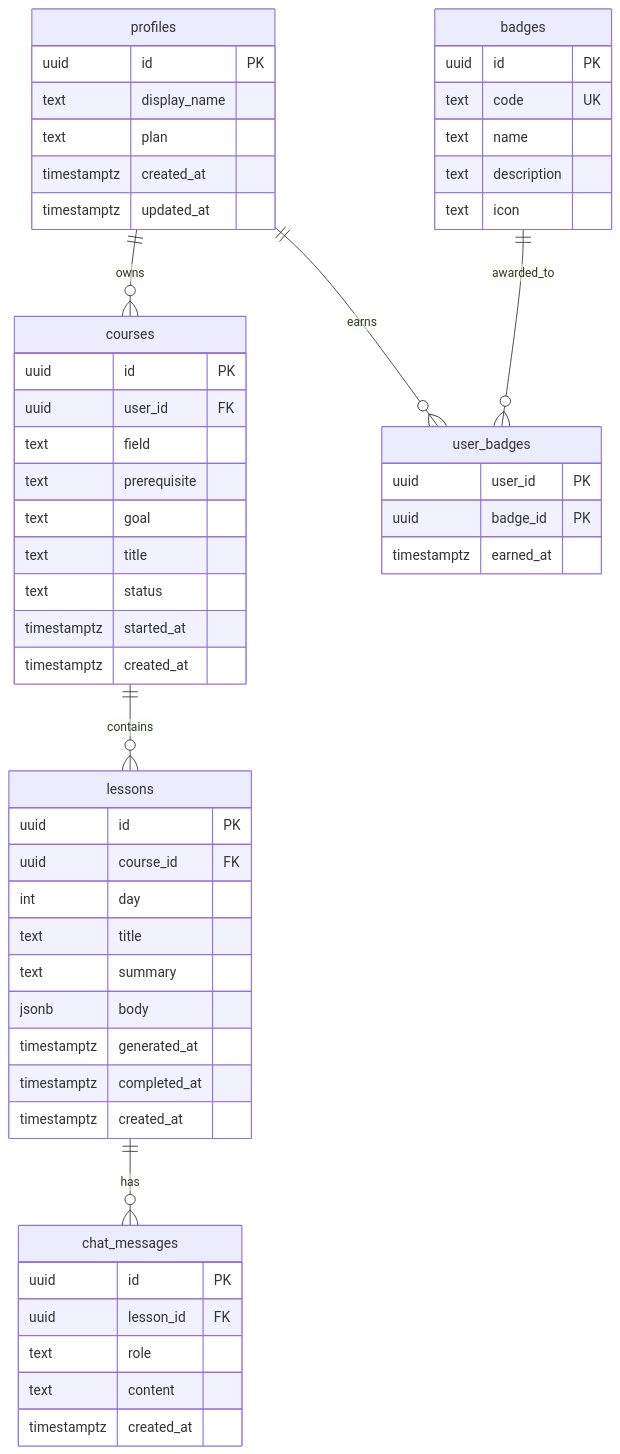
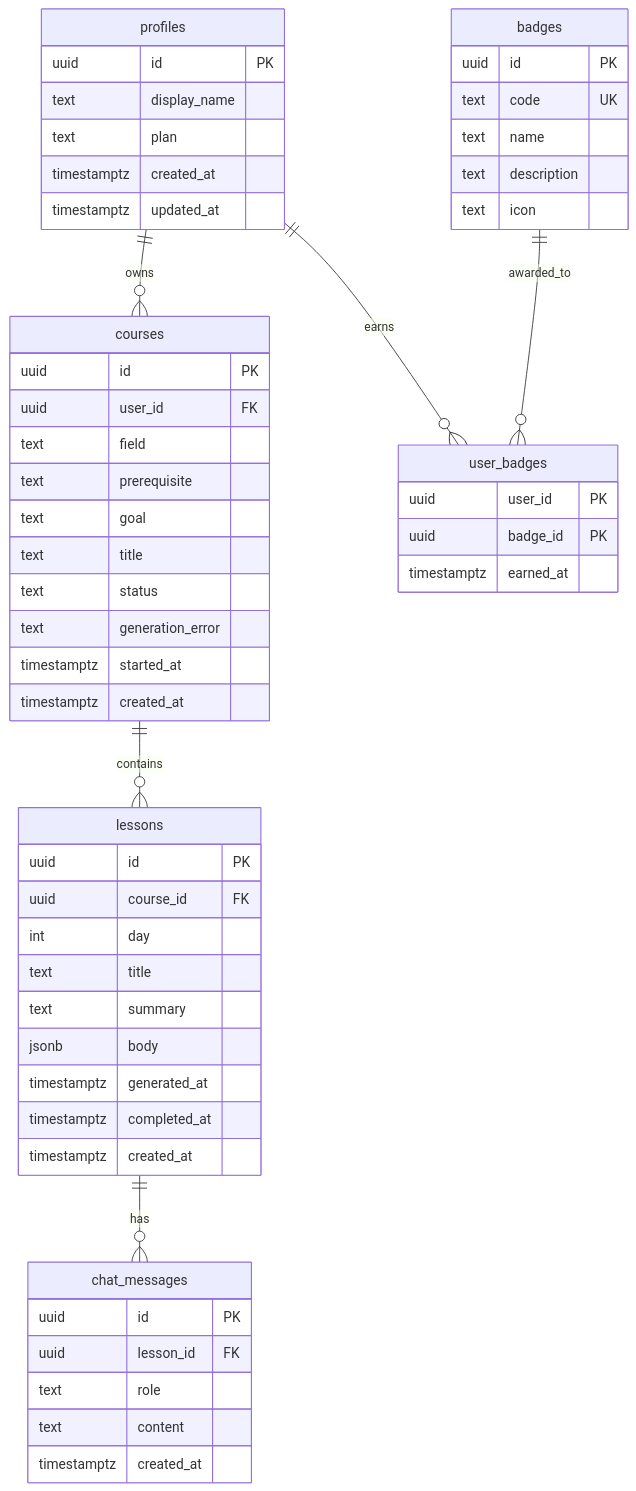
The diagram in db-schema.md (fort0000/daily-learn), drawn with Mermaid before and after one commit. The commit also changed other lines of this file and 12 other files, not shown here.

First line of the commit message:
Implement Phase 3 + 4: courses/lessons schema and async course generation

````diff
--- a/db-schema.md
+++ b/db-schema.md
@@ -21,57 +21,58 @@
 ```mermaid
 erDiagram
     profiles ||--o{ courses : owns
     courses ||--o{ lessons : contains
     lessons ||--o{ chat_messages : has
     profiles ||--o{ user_badges : earns
     badges ||--o{ user_badges : awarded_to
 
     profiles {
         uuid id PK
         text display_name
         text plan
         timestamptz created_at
         timestamptz updated_at
     }
     courses {
         uuid id PK
         uuid user_id FK
         text field
         text prerequisite
         text goal
         text title
         text status
+        text generation_error
         timestamptz started_at
         timestamptz created_at
     }
     lessons {
         uuid id PK
         uuid course_id FK
         int day
         text title
         text summary
         jsonb body
         timestamptz generated_at
         timestamptz completed_at
         timestamptz created_at
     }
     chat_messages {
         uuid id PK
         uuid lesson_id FK
         text role
         text content
         timestamptz created_at
     }
     badges {
         uuid id PK
         text code UK
         text name
         text description
         text icon
     }
     user_badges {
         uuid user_id PK
         uuid badge_id PK
         timestamptz earned_at
     }
 ```
````
